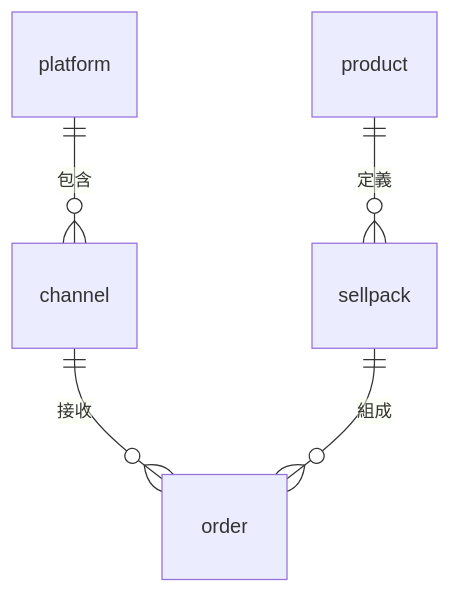
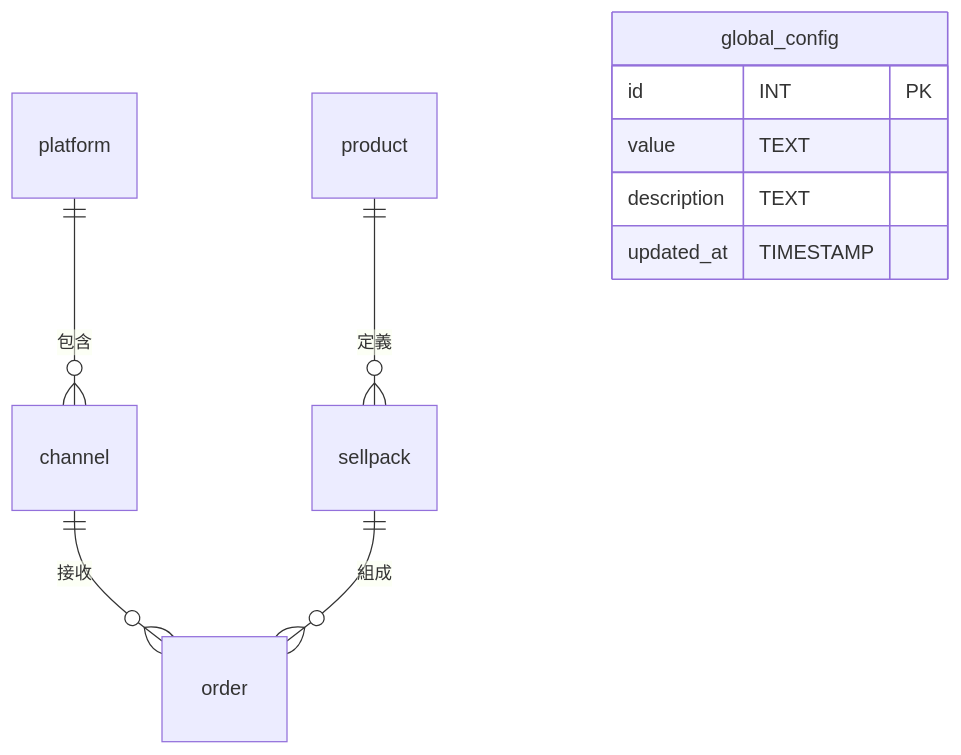
The diagram in docs/database-schema.md (tm731531/EC-simple), drawn with Mermaid before and after one commit. The commit also changed other lines of this file and 1 other file, not shown here.

Commit message:
add global_config

````diff
--- a/docs/database-schema.md
+++ b/docs/database-schema.md
@@ -80,7 +92,13 @@
 ```mermaid
 erDiagram
   platform ||--o{ channel : 包含
   channel ||--o{ order : 接收
   product ||--o{ sellpack : 定義
   sellpack ||--o{ order : 組成
+  global_config {
+    id INT PK
+    value TEXT
+    description TEXT
+    updated_at TIMESTAMP
+  }
 ```
````
